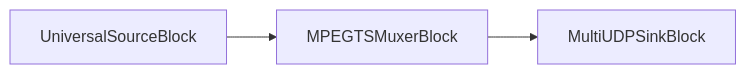
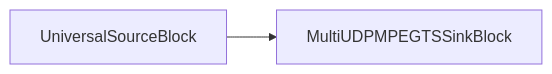
Diagram 27 of 29 in dotnet/mediablocks/Sinks/index.md (visioforge/help), drawn with Mermaid before and after one commit. The commit also changed other lines of this file and 815 other files, not shown here.

````diff
--- a/dotnet/mediablocks/Sinks/index.md
+++ b/dotnet/mediablocks/Sinks/index.md
@@ -1936,5 +1936,4 @@
 ```mermaid
 graph LR;
-    UniversalSourceBlock-->MPEGTSMuxerBlock;
-    MPEGTSMuxerBlock-->MultiUDPSinkBlock;
+    UniversalSourceBlock-->MultiUDPMPEGTSSinkBlock;
 ```
````
